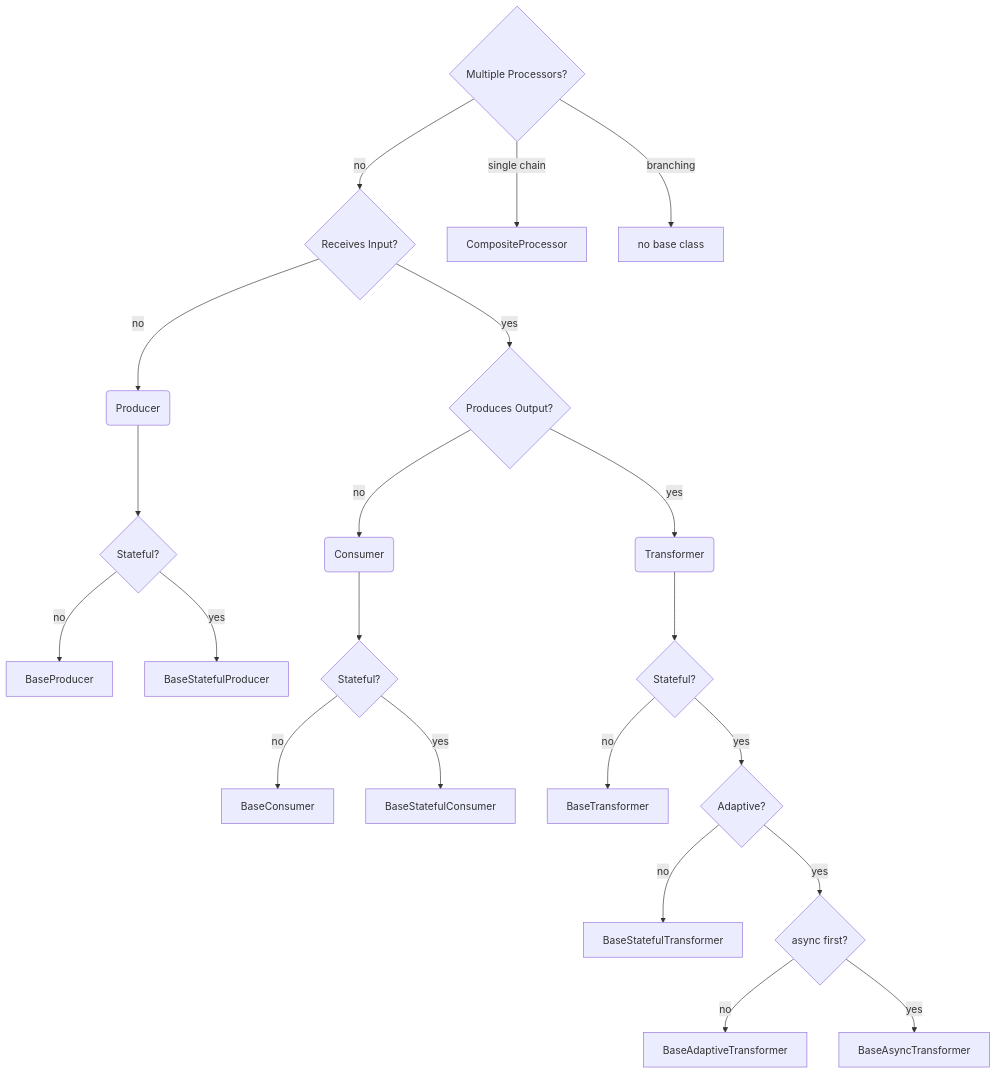
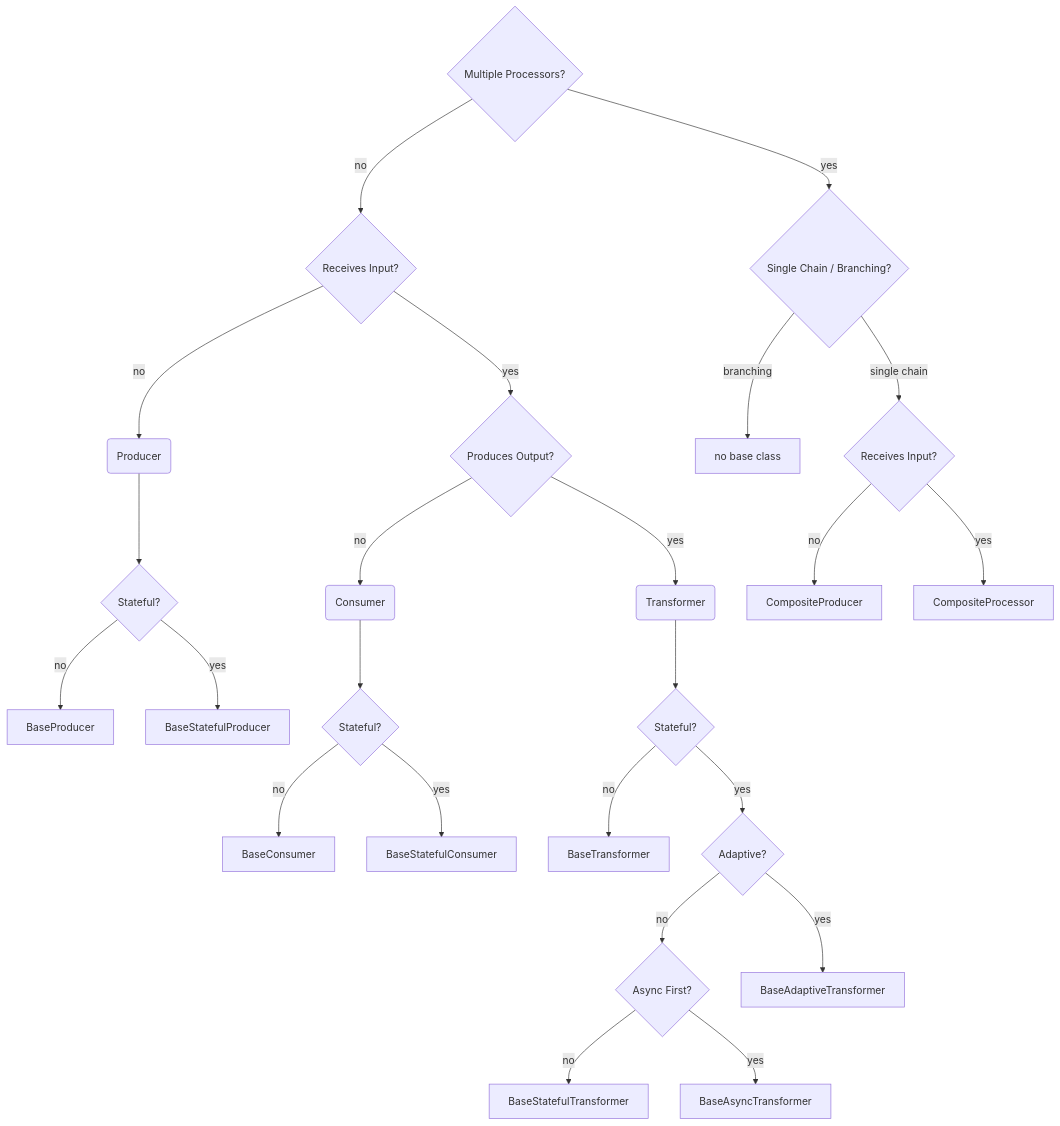
One commit to ezmsg-org/ezmsg-sigproc changed the diagram in docs/ProcessorsBase.md. Above: the diagram before and after it, drawn with Mermaid. The commit also changed other lines of this file, not shown here.

````diff
--- a/docs/ProcessorsBase.md
+++ b/docs/ProcessorsBase.md
@@ -82,29 +97,27 @@
 ```mermaid
 flowchart TD
-    AA{Multiple Processors?};
-    A{Receives Input?};
-    B(Producer);
-    C{Produces Output?};
-    D(Consumer);
-    E(Transformer);
-    AA -->|no| A;
-    AA -->|single chain| CompositeProcessor;
-    AA -->|branching| BB[no base class];
-    A -->|no| B;
-    A -->|yes| C;
-    C -->|no| D;
-    C -->|yes| E;
-    B --> F{Stateful?};
-    F -->|no| BaseProducer;
-    F -->|yes| BaseStatefulProducer;
-    D --> H{Stateful?};
-    H -->|no| BaseConsumer;
-    H -->|yes| BaseStatefulConsumer;
-    E --> G{Stateful?};
-    G -->|no| BaseTransformer;
-    G -->|yes| I{Adaptive?};
-    I -->|no| BaseStatefulTransformer;
-    I -->|yes| J{async first?};
-    J -->|no| BaseAdaptiveTransformer;
-    J -->|yes| BaseAsyncTransformer;
+    AMP{Multiple Processors?};
+    AMP -->|no| ARI{Receives Input?};
+    AMP -->|yes| ACB{Single Chain / Branching?}
+    ARI -->|no| P(Producer);
+    ARI -->|yes| APO{Produces Output?};
+    ACB -->|branching| NBC[no base class];
+    ACB -->|single chain| ACRI{Receives Input?};
+    P --> PS{Stateful?};
+    APO -->|no| C(Consumer);
+    APO -->|yes| T(Transformer);
+    ACRI -->|no| CompositeProducer;
+    ACRI -->|yes| CompositeProcessor;
+    PS -->|no| BaseProducer;
+    PS -->|yes| BaseStatefulProducer;
+    C --> CS{Stateful?};
+    T --> TS{Stateful?};
+    CS -->|no| BaseConsumer;
+    CS -->|yes| BaseStatefulConsumer;
+    TS -->|no| BaseTransformer;
+    TS -->|yes| TSA{Adaptive?};
+    TSA -->|no| TSAF{Async First?};
+    TSA -->|yes| BaseAdaptiveTransformer;
+    TSAF -->|no| BaseStatefulTransformer;
+    TSAF -->|yes| BaseAsyncTransformer;
 ```
````
